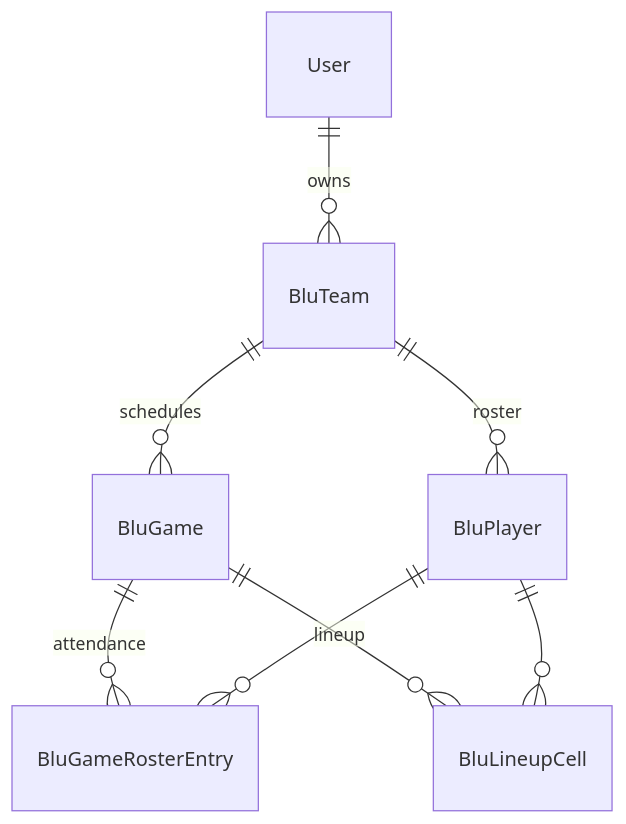
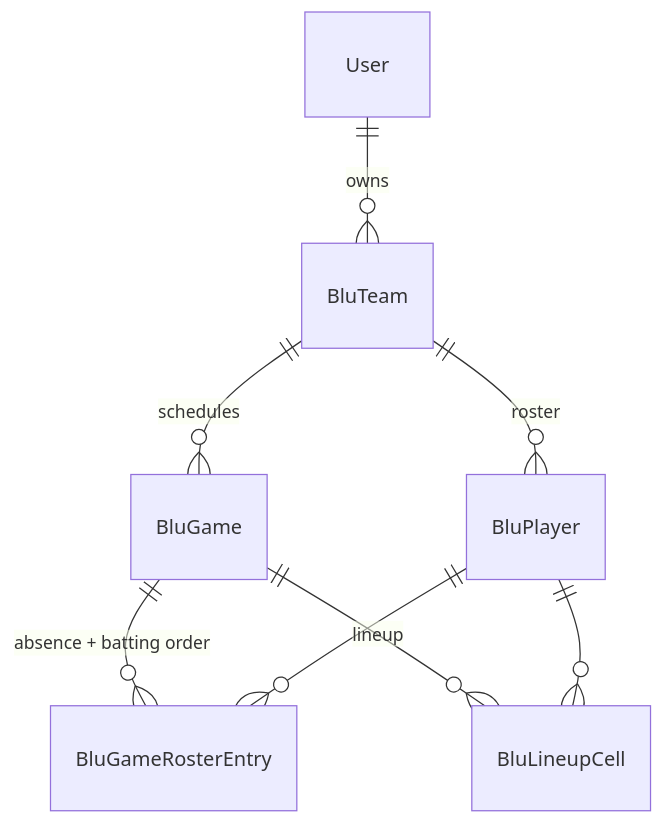
One commit to gmichnikov/gmich changed the diagram in app/projects/baseball_lineup/docs/DATA_MODEL.md. Above: the diagram before and after it, drawn with Mermaid. The commit also changed other lines of this file and 4 other files, not shown here.

````diff
--- a/app/projects/baseball_lineup/docs/DATA_MODEL.md
+++ b/app/projects/baseball_lineup/docs/DATA_MODEL.md
@@ -7,10 +7,10 @@
 ```mermaid
 erDiagram
     User ||--o{ BluTeam : owns
     BluTeam ||--o{ BluPlayer : roster
     BluTeam ||--o{ BluGame : schedules
-    BluGame ||--o{ BluGameRosterEntry : attendance
+    BluGame ||--o{ BluGameRosterEntry : "absence + batting order"
     BluPlayer ||--o{ BluGameRosterEntry : ""
     BluGame ||--o{ BluLineupCell : lineup
     BluPlayer ||--o{ BluLineupCell : ""
 ```
````
